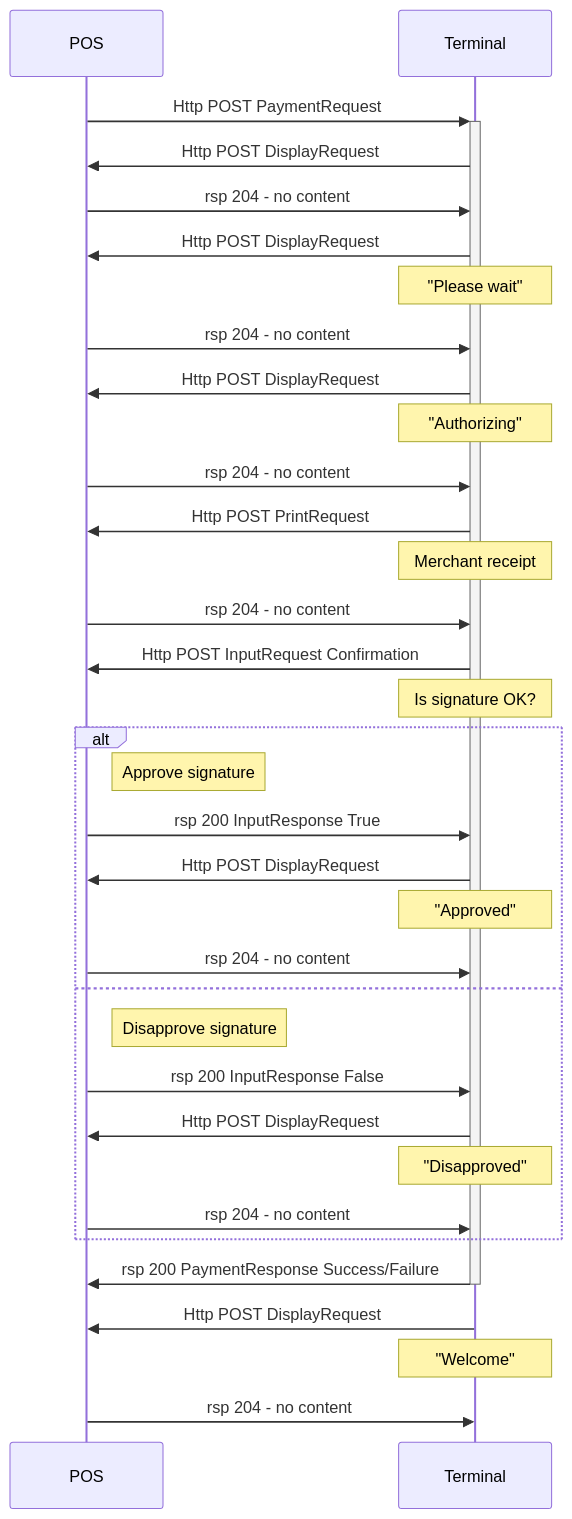
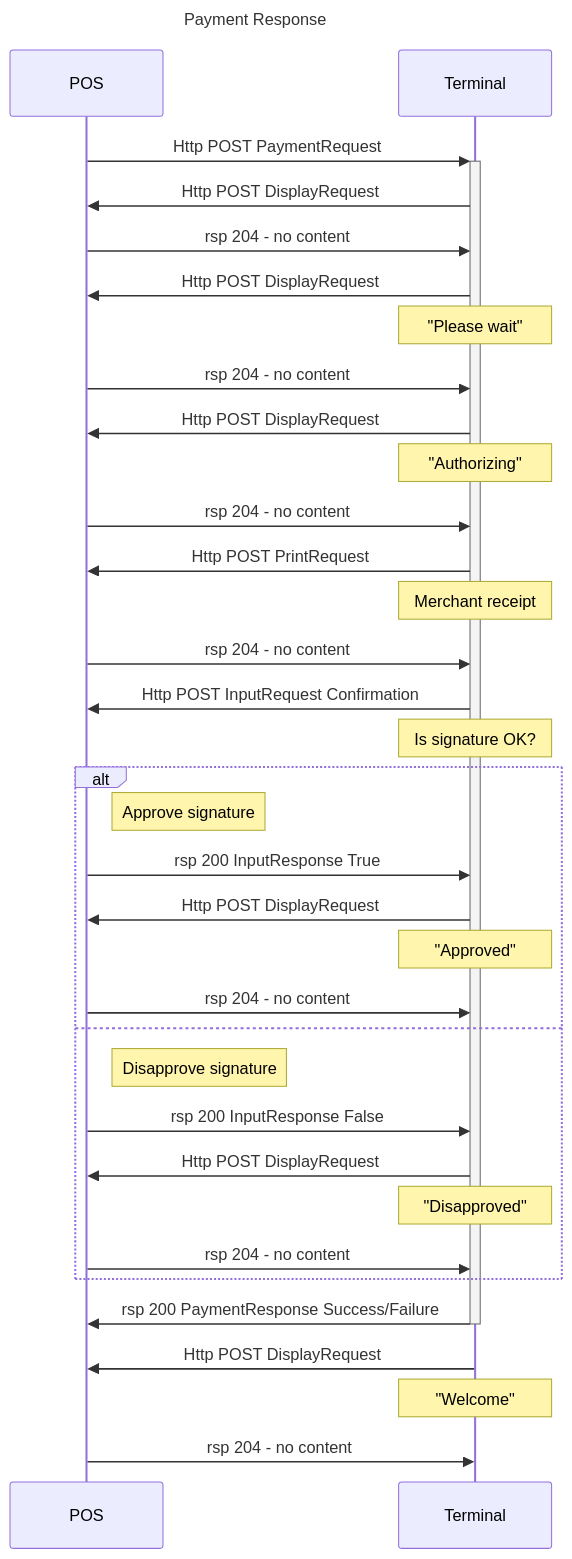
One commit to SwedbankPay/developer.swedbankpay.com changed the first of 2 diagrams in pax-terminal/Nexo-Retailer/Quick-guide/payment-response.md. Above: the diagram before and after it, drawn with Mermaid. The commit also changed other lines of this file and 66 other files, not shown here.

Commit message:
Added titles in sequence diagrams

````diff
--- a/pax-terminal/Nexo-Retailer/Quick-guide/payment-response.md
+++ b/pax-terminal/Nexo-Retailer/Quick-guide/payment-response.md
@@ -23,34 +23,35 @@
 ```mermaid
 sequenceDiagram
+title: Payment Response
 POS->>+Terminal: Http POST PaymentRequest
 Terminal->>POS: Http POST DisplayRequest
 POS->>Terminal: rsp 204 - no content
 Terminal->>POS: Http POST DisplayRequest
 Note over Terminal: "Please wait"
 POS->>Terminal: rsp 204 - no content
 Terminal->>POS: Http POST DisplayRequest
 Note over Terminal: "Authorizing"
 POS->>Terminal: rsp 204 - no content
 Terminal->>POS: Http POST PrintRequest
 Note over Terminal: Merchant receipt
 POS->>Terminal: rsp 204 - no content
 Terminal->>POS: Http POST InputRequest Confirmation
 Note over Terminal: Is signature OK?
-alt 
+alt
     Note right of POS: Approve signature
     POS->>Terminal: rsp 200 InputResponse True
     Terminal->>POS: Http POST DisplayRequest
     Note over Terminal: "Approved"
     POS->>Terminal: rsp 204 - no content
-else 
+else
     Note right of POS: Disapprove signature
     POS->>Terminal: rsp 200 InputResponse False
     Terminal->>POS: Http POST DisplayRequest
     Note over Terminal: "Disapproved"
     POS->>Terminal: rsp 204 - no content
-end 
+end
 Terminal->>-POS: rsp 200 PaymentResponse Success/Failure
 Terminal->>POS: Http POST DisplayRequest
 Note over Terminal: "Welcome"
 POS->>Terminal: rsp 204 - no content
 ```
````
